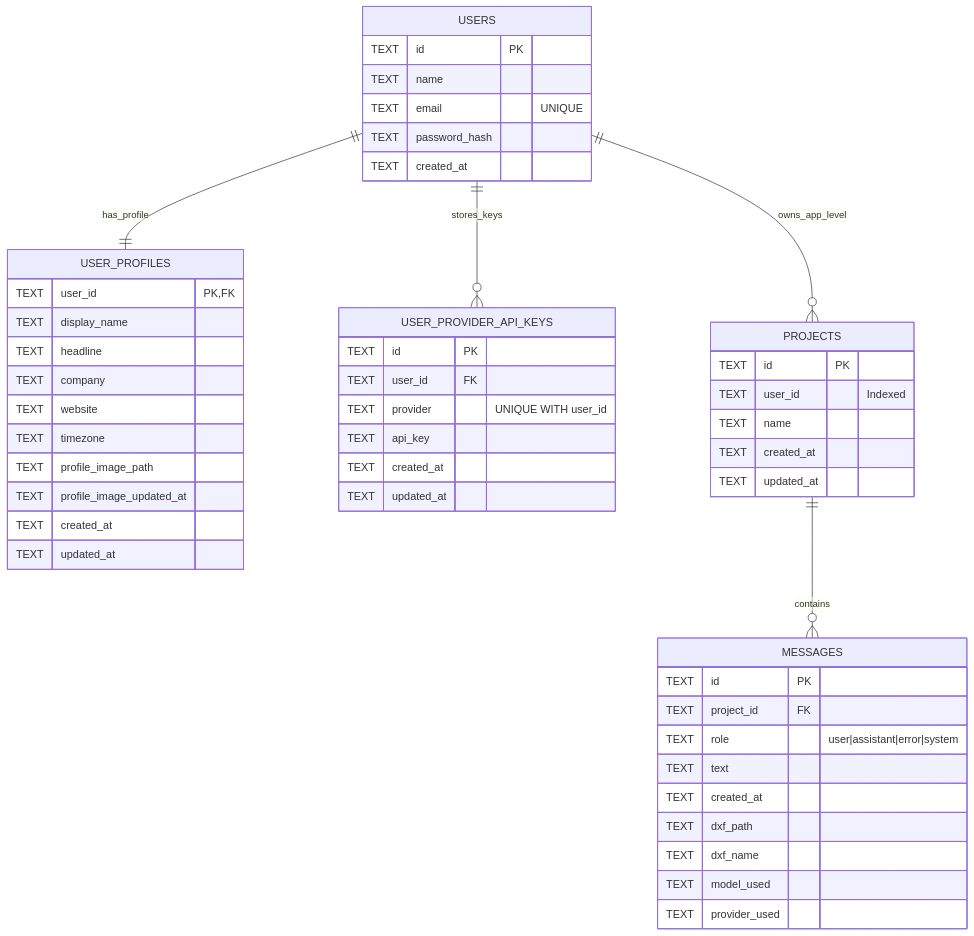
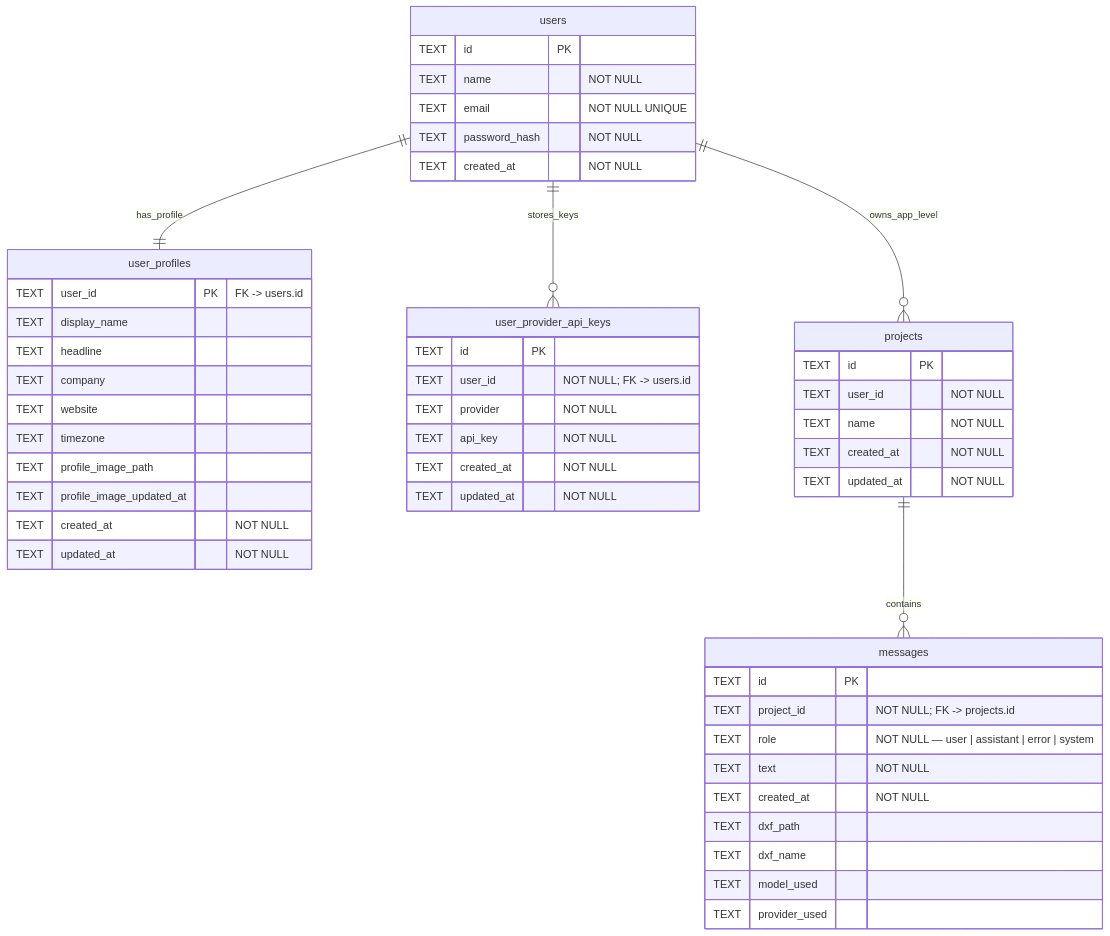
Before and after one commit to Youssefx64/CadArena: the diagram in docs/database-erd.md, drawn with Mermaid. The commit also changed other lines of this file, not shown here.

Commit message:
Adding Database ERD — CadArena

````diff
--- a/docs/database-erd.md
+++ b/docs/database-erd.md
@@ -3,57 +8,57 @@
 ```mermaid
 erDiagram
-    USERS {
+    users {
         TEXT id PK
-        TEXT name
-        TEXT email "UNIQUE"
-        TEXT password_hash
-        TEXT created_at
+        TEXT name "NOT NULL"
+        TEXT email "NOT NULL UNIQUE"
+        TEXT password_hash "NOT NULL"
+        TEXT created_at "NOT NULL"
     }
 
-    USER_PROFILES {
-        TEXT user_id PK, FK
+    user_profiles {
+        TEXT user_id PK "FK -> users.id"
         TEXT display_name
         TEXT headline
         TEXT company
         TEXT website
         TEXT timezone
         TEXT profile_image_path
         TEXT profile_image_updated_at
-        TEXT created_at
-        TEXT updated_at
+        TEXT created_at "NOT NULL"
+        TEXT updated_at "NOT NULL"
     }
 
-    USER_PROVIDER_API_KEYS {
+    user_provider_api_keys {
         TEXT id PK
-        TEXT user_id FK
-        TEXT provider "UNIQUE WITH user_id"
-        TEXT api_key
-        TEXT created_at
-        TEXT updated_at
+        TEXT user_id "NOT NULL; FK -> users.id"
+        TEXT provider "NOT NULL"
+        TEXT api_key "NOT NULL"
+        TEXT created_at "NOT NULL"
+        TEXT updated_at "NOT NULL"
     }
 
-    PROJECTS {
+    projects {
         TEXT id PK
-        TEXT user_id "Indexed"
-        TEXT name
-        TEXT created_at
-        TEXT updated_at
+        TEXT user_id "NOT NULL"
+        TEXT name "NOT NULL"
+        TEXT created_at "NOT NULL"
+        TEXT updated_at "NOT NULL"
     }
 
-    MESSAGES {
+    messages {
         TEXT id PK
-        TEXT project_id FK
-        TEXT role "user|assistant|error|system"
-        TEXT text
-        TEXT created_at
+        TEXT project_id "NOT NULL; FK -> projects.id"
+        TEXT role "NOT NULL — user | assistant | error | system"
+        TEXT text "NOT NULL"
+        TEXT created_at "NOT NULL"
         TEXT dxf_path
         TEXT dxf_name
         TEXT model_used
         TEXT provider_used
     }
 
-    USERS ||--|| USER_PROFILES : has_profile
-    USERS ||--o{ USER_PROVIDER_API_KEYS : stores_keys
-    USERS ||--o{ PROJECTS : owns_app_level
-    PROJECTS ||--o{ MESSAGES : contains
+    users ||--|| user_profiles : has_profile
+    users ||--o{ user_provider_api_keys : stores_keys
+    users ||--o{ projects : owns_app_level
+    projects ||--o{ messages : contains
 ```
````
